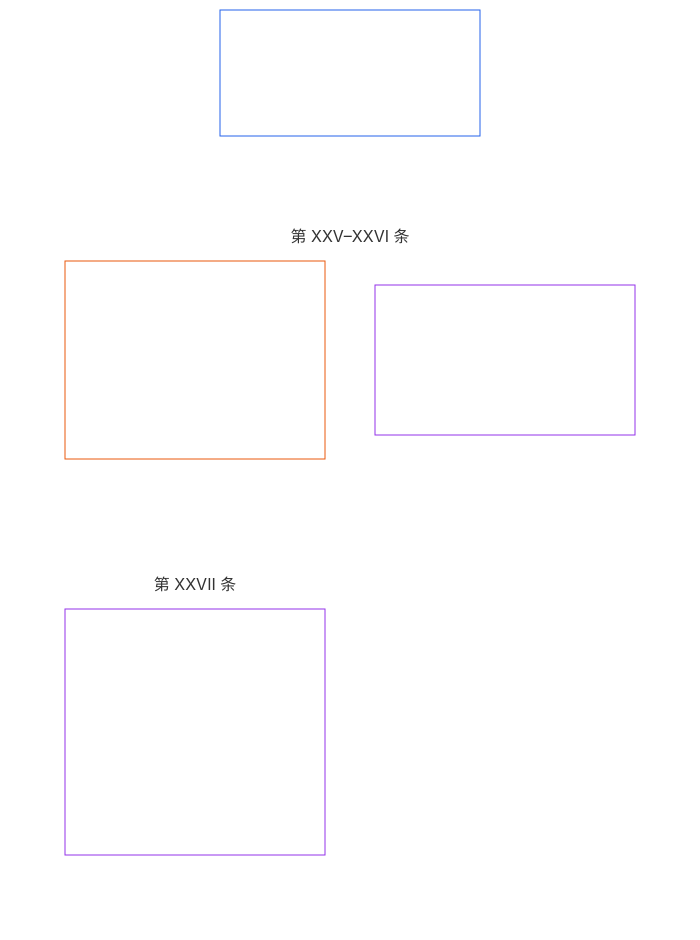
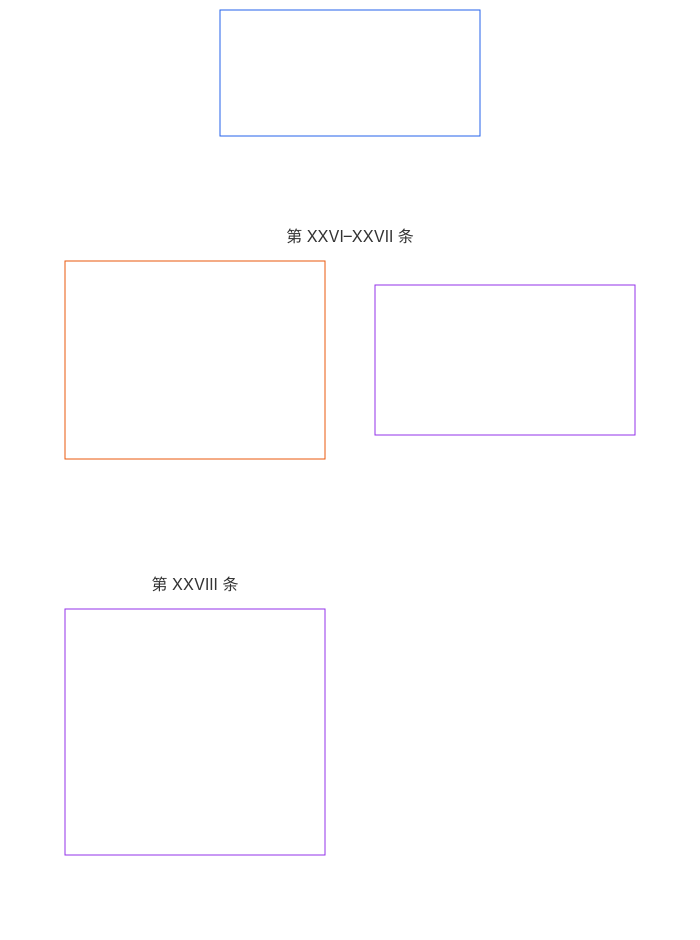
The diagram in translations/zh/core_06_rights_part_e.md (kfoelsch/Sentient_Constitution), drawn with Mermaid before and after one commit. The commit also changed other lines of this file and 353 other files, not shown here.

````diff
--- a/translations/zh/core_06_rights_part_e.md
+++ b/translations/zh/core_06_rights_part_e.md
@@ -40,24 +40,24 @@
 ```mermaid
 flowchart TB
     D0["E 部分<br/><br/>冲突解决、审查、宪法演进与过渡"]
     subgraph Dgrid[" "]
         direction TB
-        subgraph Drow1["第 XXV–XXVI 条"]
-            D1["第 XXV 条 · 及时的回溯审查与恢复性协调<br/><br/>• 回溯审查与披露<br/>• 权利冲突程序<br/>• 恢复性协调<br/>• 及时解决与反拖延"]
-            D2["第 XXVI 条 · 宪法演进与禁止固化<br/><br/>• 禁止固化与可修订性<br/>• 定期重新验证与透明变更"]
+        subgraph Drow1["第 XXVI–XXVII 条"]
+            D1["第 XXVI 条 · 及时的回溯审查与恢复性协调<br/><br/>• 回溯审查与披露<br/>• 权利冲突程序<br/>• 恢复性协调<br/>• 及时解决与反拖延"]
+            D2["第 XXVII 条 · 宪法演进与禁止固化<br/><br/>• 禁止固化与可修订性<br/>• 定期重新验证与透明变更"]
         end
-        subgraph Drow2["第 XXVII 条"]
-            D3["第 XXVII 条 · 过渡治理、连续性与重新设定基线<br/><br/>• 分阶段采纳与权利底线的连续性<br/>• 过渡权限与重新授权<br/>• 失败退出机制、重新设定基线与可追溯性<br/>• 不合规财产与系统"]
+        subgraph Drow2["第 XXVIII 条"]
+            D3["第 XXVIII 条 · 过渡治理、连续性与重新设定基线<br/><br/>• 分阶段采纳与权利底线的连续性<br/>• 过渡权限与重新授权<br/>• 失败退出机制、重新设定基线与可追溯性<br/>• 不合规财产与系统"]
         end
     end
     %% Invisible links force a two-wide grid: each link puts its target one level down.
     D0 ~~~ D1 & D2
     D1 ~~~ D3
     style Dgrid fill:none,stroke:none
     style Drow1 fill:none,stroke:none
     style Drow2 fill:none,stroke:none
     style D0 fill:none,stroke:#2563eb,color:#ffffff
     style D1 fill:none,stroke:#ea580c,color:#ffffff
     style D2 fill:none,stroke:#9333ea,color:#ffffff
     style D3 fill:none,stroke:#9333ea,color:#ffffff
 ```
````
